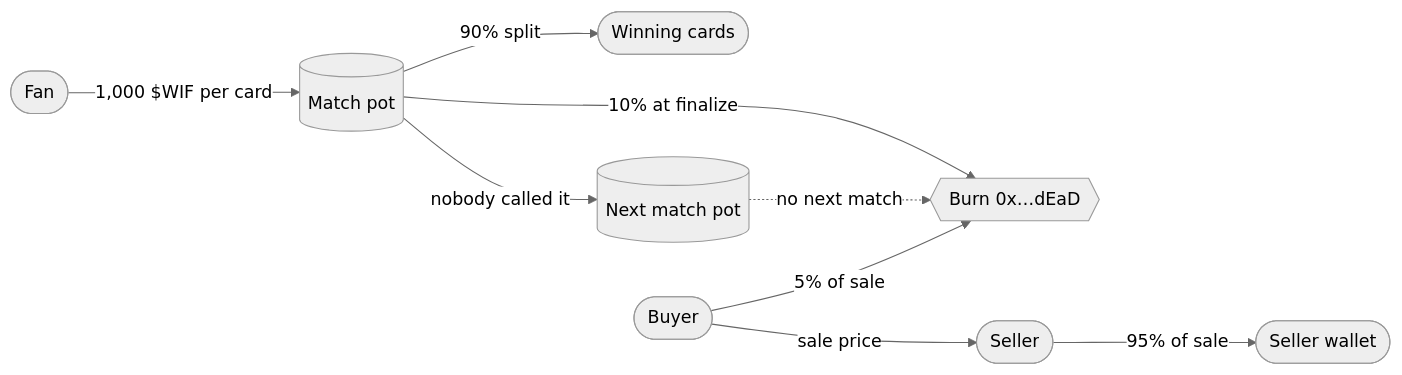
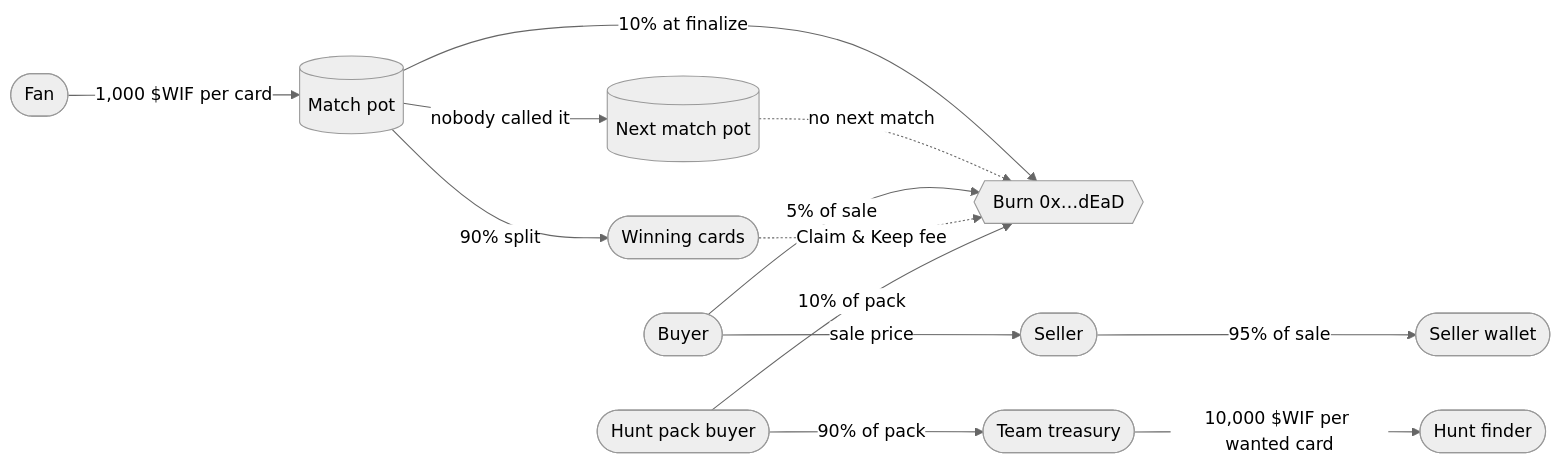
The first of 3 diagrams in README.md (youvandra/BallisFlat), drawn with Mermaid (neutral theme) before and after one commit. The commit also changed other lines of this file and 6 other files, not shown here.

Commit message:
docs(readme): new banner, the Hunt, Claim & Keep, settler bot, current test counts and screenshots

````diff
--- a/README.md
+++ b/README.md
@@ -93,11 +115,15 @@
 ```mermaid
 flowchart LR
     U([Fan]) -- "1,000 $WIF per card" --> P[(Match pot)]
     P -- "10% at finalize" --> B{{Burn 0x…dEaD}}
     P -- "90% split" --> W([Winning cards])
     P -- "nobody called it" --> N[(Next match pot)]
     N -. "no next match" .-> B
     S([Seller]) -- "95% of sale" --> S2([Seller wallet])
     BY([Buyer]) -- "sale price" --> S
     BY -- "5% of sale" --> B
+    W -. "Claim & Keep fee" .-> B
+    H([Hunt pack buyer]) -- "10% of pack" --> B
+    H -- "90% of pack" --> T([Team treasury])
+    T -- "10,000 $WIF per wanted card" --> F([Hunt finder])
 ```
````
